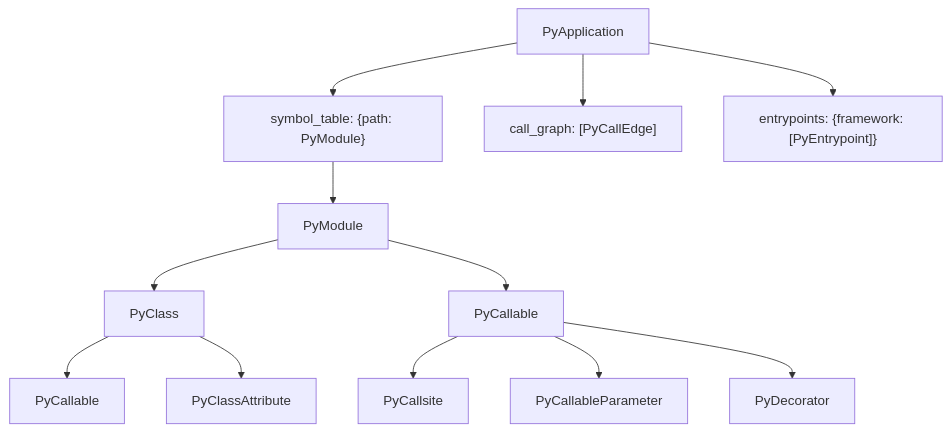
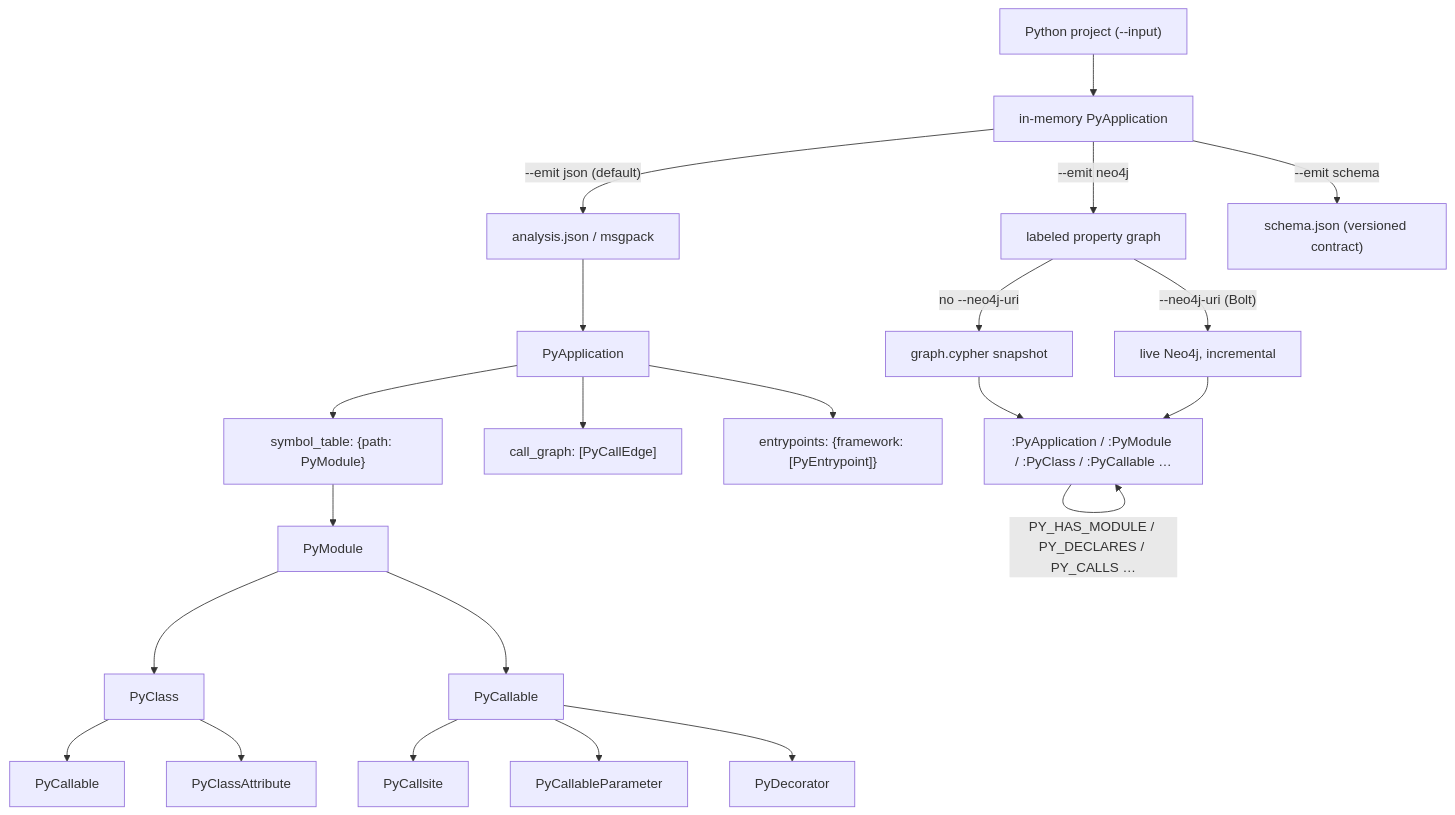
The first of 2 diagrams in src/content/docs/reference/schema.mdx (codellm-devkit/codeanalyzer-python), drawn with Mermaid before and after one commit. The commit also changed other lines of this file and 14 other files, not shown here.

First line of the commit message:
docs: document Neo4j property-graph output (scale, Kubernetes, enterprise)

````diff
--- a/src/content/docs/reference/schema.mdx
+++ b/src/content/docs/reference/schema.mdx
@@ -10,14 +10,26 @@
 ```mermaid
 flowchart TB
-    APP[PyApplication] --> ST["symbol_table: {path: PyModule}"]
+    SRC["Python project (--input)"] --> IR["in-memory PyApplication"]
+    IR -->|"--emit json (default)"| JSON["analysis.json / msgpack"]
+    IR -->|"--emit neo4j"| PG["labeled property graph"]
+    IR -->|"--emit schema"| CONTRACT["schema.json (versioned contract)"]
+
+    JSON --> APP[PyApplication]
+    APP --> ST["symbol_table: {path: PyModule}"]
     APP --> CG["call_graph: [PyCallEdge]"]
     APP --> EP["entrypoints: {framework: [PyEntrypoint]}"]
     ST --> MOD[PyModule]
     MOD --> CLS[PyClass]
     MOD --> FN[PyCallable]
     CLS --> M[PyCallable]
     CLS --> ATTR[PyClassAttribute]
     FN --> CALL[PyCallsite]
     FN --> PARAM[PyCallableParameter]
     FN --> DEC[PyDecorator]
+
+    PG -->|"no --neo4j-uri"| SNAP["graph.cypher snapshot"]
+    PG -->|"--neo4j-uri (Bolt)"| LIVE["live Neo4j, incremental"]
+    SNAP --> NODES[":PyApplication / :PyModule / :PyClass / :PyCallable …"]
+    LIVE --> NODES
+    NODES -->|"PY_HAS_MODULE / PY_DECLARES / PY_CALLS …"| NODES
 ```
````
